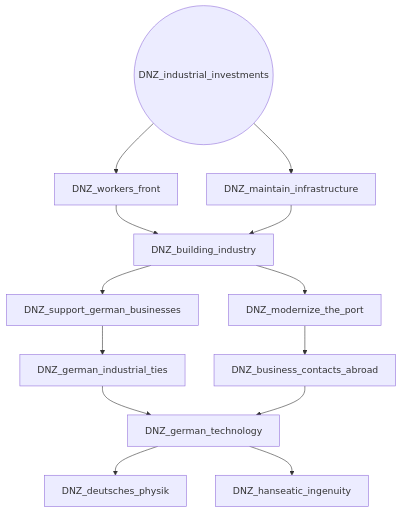
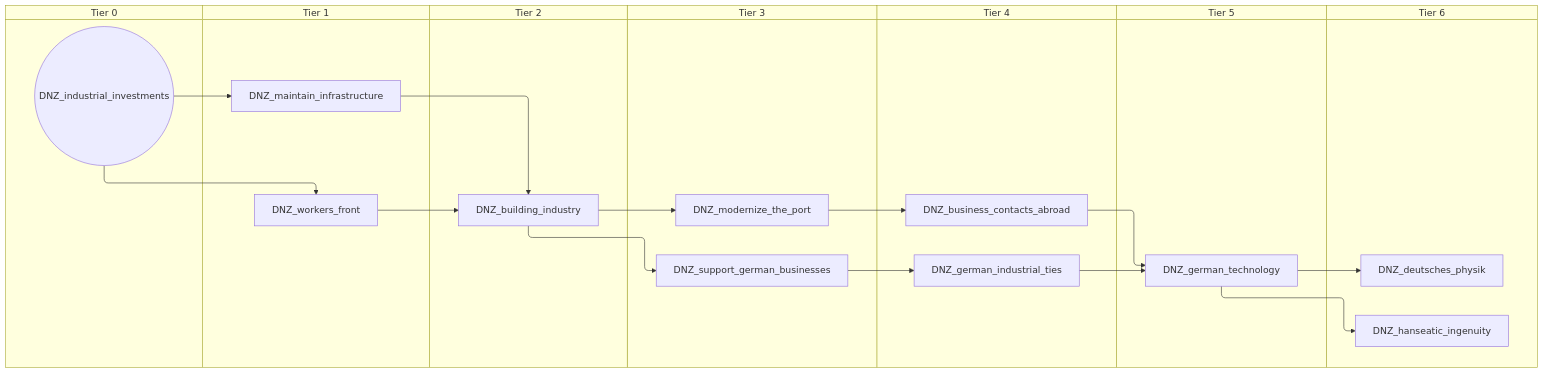
Before and after one commit to evgeny-sobol/hoi4-sandbox-mode-r56: the second of 3 diagrams in docs/gdd/National Focuses/Danzig.md, drawn with Mermaid. The commit also changed other lines of this file and 423 other files, not shown here.

First line of the commit message:
Re-export Rt56 focus trees as swimlane diagrams

````diff
--- a/docs/gdd/National Focuses/Danzig.md
+++ b/docs/gdd/National Focuses/Danzig.md
@@ -26,26 +36,40 @@
 ```mermaid
-flowchart TD
-    n9["DNZ_building_industry"]
-    n10["DNZ_business_contacts_abroad"]
-    n11["DNZ_deutsches_physik"]
-    n12["DNZ_german_industrial_ties"]
-    n13["DNZ_german_technology"]
-    n14["DNZ_hanseatic_ingenuity"]
-    n15(("DNZ_industrial_investments"))
-    n16["DNZ_maintain_infrastructure"]
-    n17["DNZ_modernize_the_port"]
-    n18["DNZ_support_german_businesses"]
-    n19["DNZ_workers_front"]
-    n19 --> n9
-    n16 --> n9
-    n17 --> n10
-    n13 --> n11
-    n18 --> n12
+swimlane-beta TD
+    subgraph tier_0["Tier 0"]
+        n9(("DNZ_industrial_investments"))
+    end
+    subgraph tier_1["Tier 1"]
+        n10["DNZ_maintain_infrastructure"]
+        n11["DNZ_workers_front"]
+    end
+    subgraph tier_2["Tier 2"]
+        n12["DNZ_building_industry"]
+    end
+    subgraph tier_3["Tier 3"]
+        n13["DNZ_modernize_the_port"]
+        n14["DNZ_support_german_businesses"]
+    end
+    subgraph tier_4["Tier 4"]
+        n15["DNZ_business_contacts_abroad"]
+        n16["DNZ_german_industrial_ties"]
+    end
+    subgraph tier_5["Tier 5"]
+        n17["DNZ_german_technology"]
+    end
+    subgraph tier_6["Tier 6"]
+        n18["DNZ_deutsches_physik"]
+        n19["DNZ_hanseatic_ingenuity"]
+    end
+    n11 --> n12
+    n10 --> n12
+    n13 --> n15
+    n17 --> n18
+    n14 --> n16
+    n16 --> n17
+    n15 --> n17
+    n17 --> n19
+    n9 --> n10
     n12 --> n13
-    n10 --> n13
-    n13 --> n14
-    n15 --> n16
-    n9 --> n17
-    n9 --> n18
-    n15 --> n19
+    n12 --> n14
+    n9 --> n11
 ```
````
